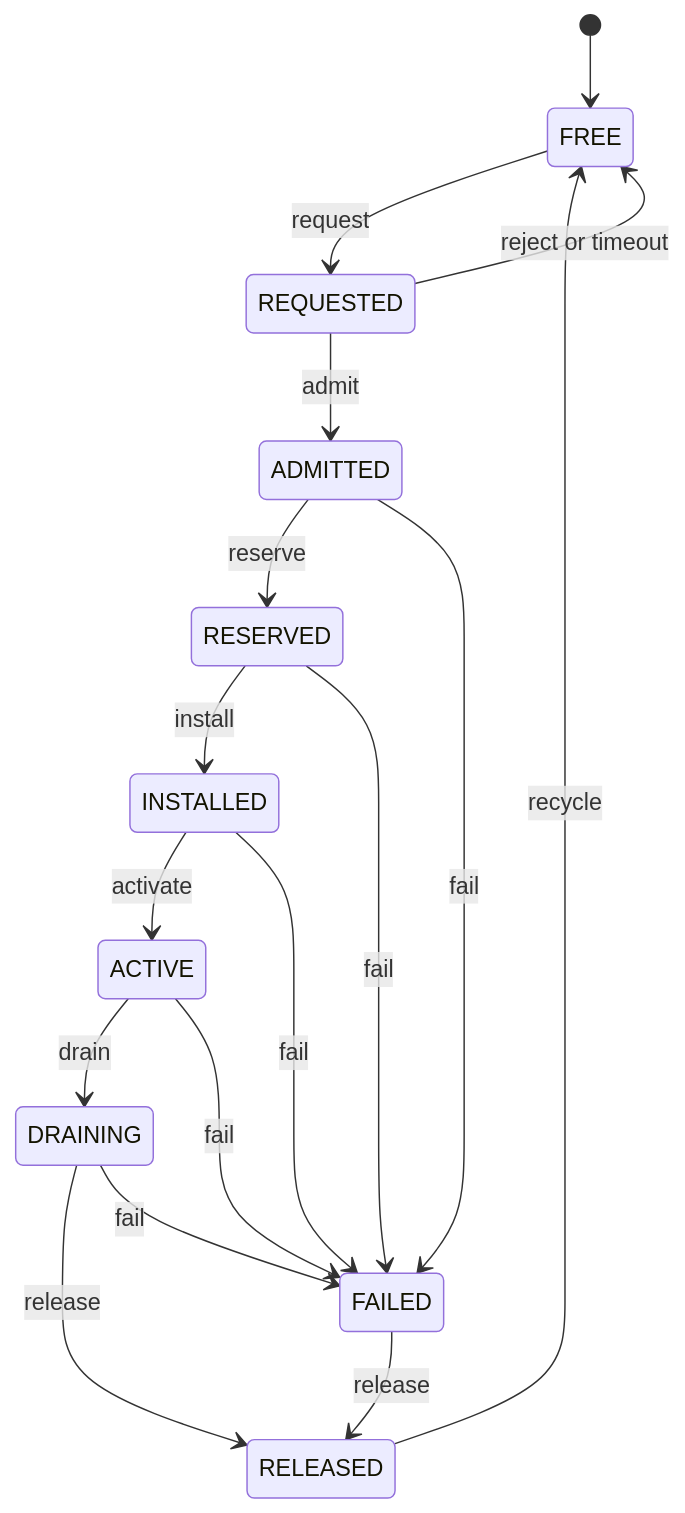
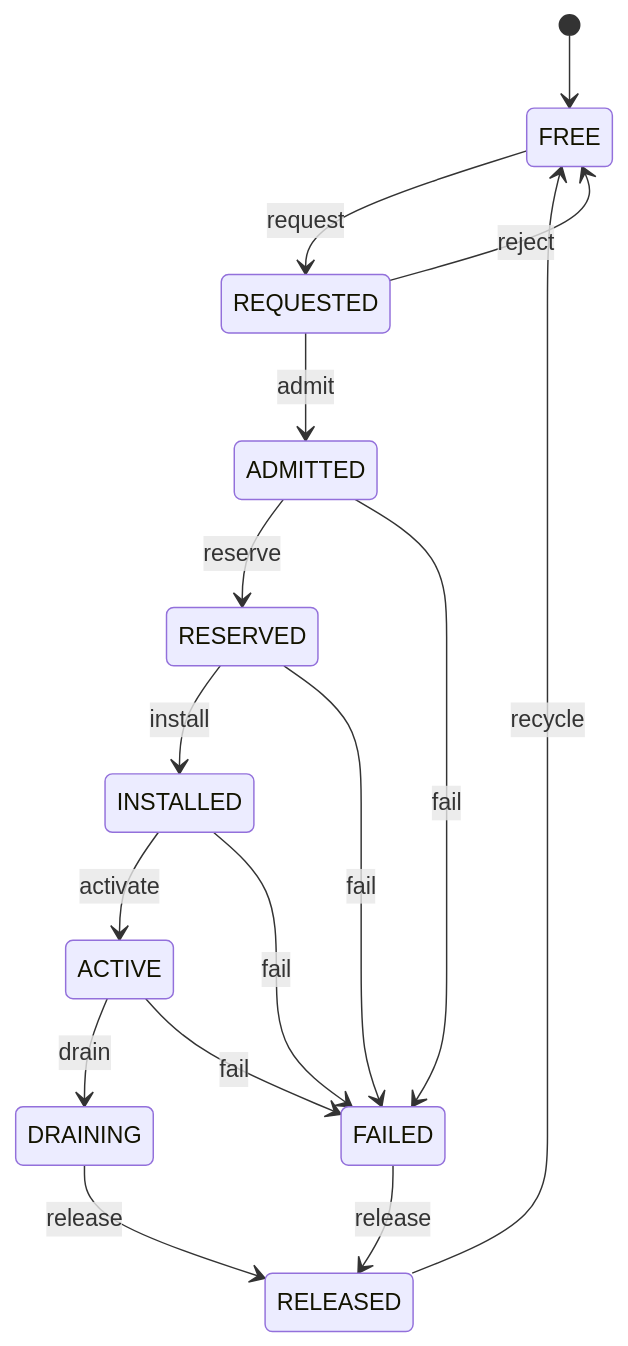
Before and after one commit to AHMADALIPARR/circuit-fabric: the third of 3 diagrams in README.md, drawn with Mermaid. The commit also changed other lines of this file, not shown here.

Commit message:
Clean README: 2D circuits, compact shots, safe mermaid, tight tables

````diff
--- a/README.md
+++ b/README.md
@@ -64,19 +73,18 @@
 ```mermaid
 stateDiagram-v2
     [*] --> FREE
     FREE --> REQUESTED: request
     REQUESTED --> ADMITTED: admit
-    REQUESTED --> FREE: reject or timeout
+    REQUESTED --> FREE: reject
     ADMITTED --> RESERVED: reserve
     RESERVED --> INSTALLED: install
     INSTALLED --> ACTIVE: activate
     ACTIVE --> DRAINING: drain
     DRAINING --> RELEASED: release
     ADMITTED --> FAILED: fail
     RESERVED --> FAILED: fail
     INSTALLED --> FAILED: fail
     ACTIVE --> FAILED: fail
-    DRAINING --> FAILED: fail
     FAILED --> RELEASED: release
     RELEASED --> FREE: recycle
 ```
````
